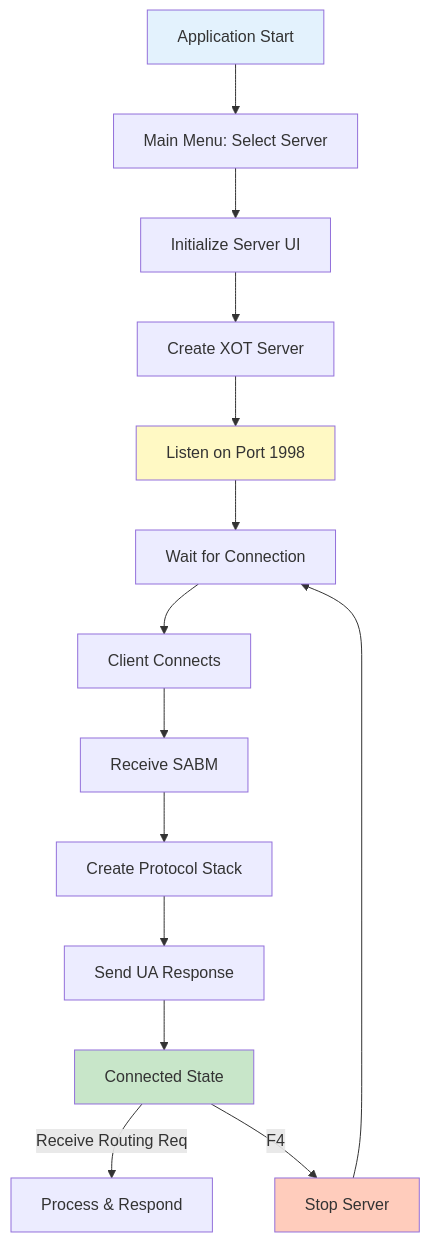
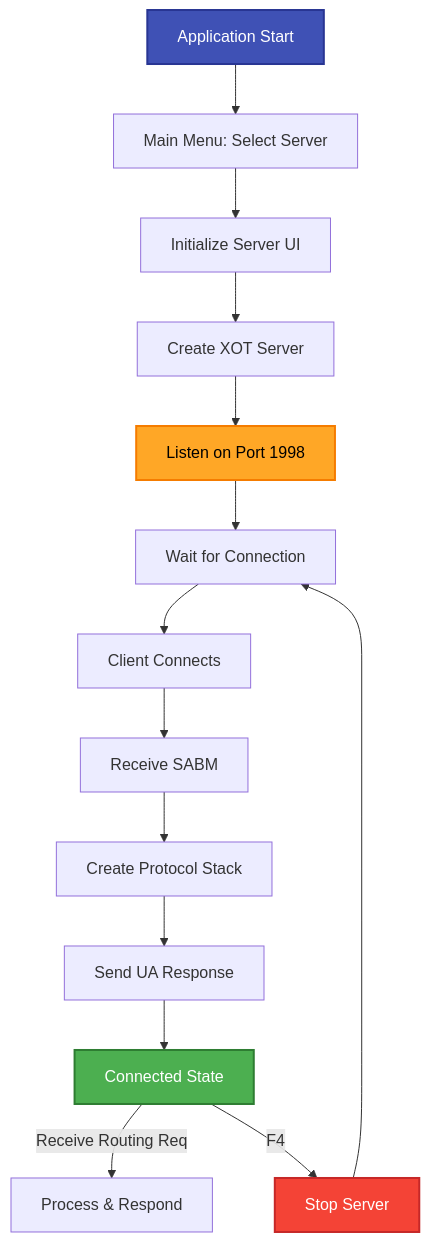
Before and after one commit to RetroCoreLabs/RetroX25: the ninth of 9 diagrams in src/RetroX25.Xot/README.md, drawn with Mermaid. The commit also changed other lines of this file and 10 other files, not shown here.

````diff
--- a/src/RetroX25.Xot/README.md
+++ b/src/RetroX25.Xot/README.md
@@ -364,34 +472,34 @@
 ```mermaid
 graph TB
     START_S[Application Start]
     MENU_S[Main Menu: Select Server]
     INIT_S[Initialize Server UI]
     SERVER[Create XOT Server]
     LISTEN[Listen on Port 1998]
     WAIT_S[Wait for Connection]
     ACCEPT[Client Connects]
     SABM[Receive SABM]
     STACK[Create Protocol Stack]
     UA[Send UA Response]
     CONNECTED_S[Connected State]
 
     START_S --> MENU_S
     MENU_S --> INIT_S
     INIT_S --> SERVER
     SERVER --> LISTEN
     LISTEN --> WAIT_S
     WAIT_S --> ACCEPT
     ACCEPT --> SABM
     SABM --> STACK
     STACK --> UA
     UA --> CONNECTED_S
 
     CONNECTED_S --> |Receive Routing Req| RESPOND[Process & Respond]
     CONNECTED_S --> |F4| STOP[Stop Server]
     STOP --> WAIT_S
 
-    style START_S fill:#e3f2fd
-    style LISTEN fill:#fff9c4
-    style CONNECTED_S fill:#c8e6c9
-    style STOP fill:#ffccbc
+    style START_S fill:#3F51B5,stroke:#283593,stroke-width:2px,color:#fff
+    style LISTEN fill:#FFA726,stroke:#F57C00,stroke-width:2px,color:#000
+    style CONNECTED_S fill:#4CAF50,stroke:#2E7D32,stroke-width:2px,color:#fff
+    style STOP fill:#F44336,stroke:#C62828,stroke-width:2px,color:#fff
 ```
````
